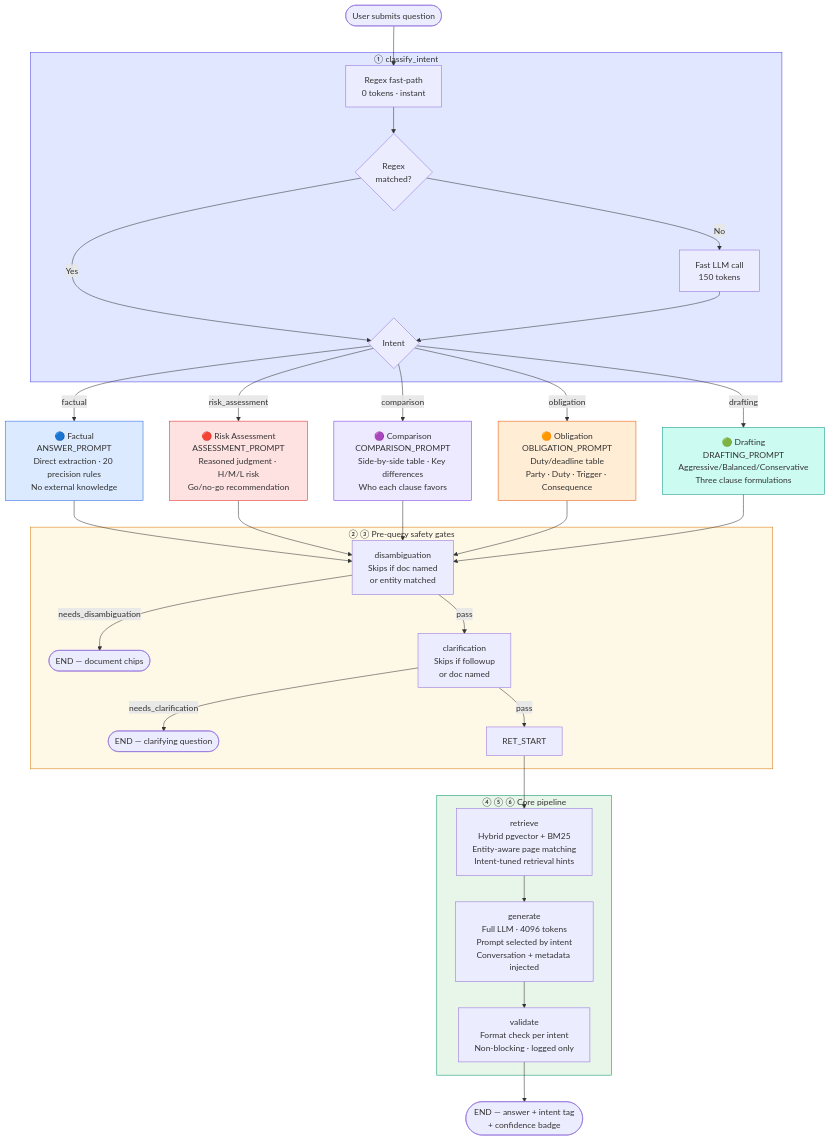
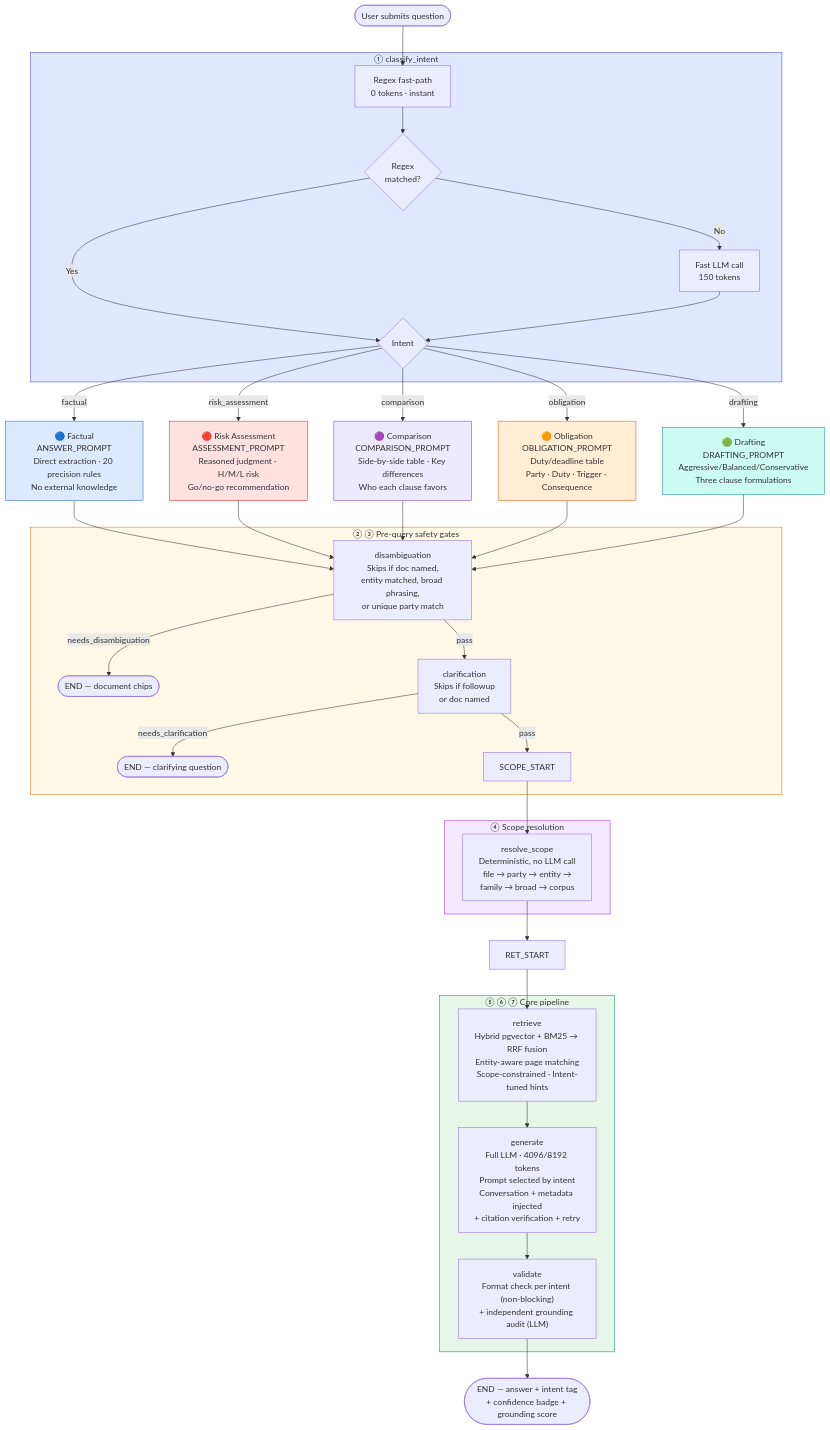
One commit to rhealaloo45/Legal-Wiki-RAG changed the diagram in AGENT_FLOW.md. Above: the diagram before and after it, drawn with Mermaid. The commit also changed other lines of this file and 3 other files, not shown here.

First line of the commit message:
Bring pipeline docs in line with current retrieval/query architecture

````diff
--- a/AGENT_FLOW.md
+++ b/AGENT_FLOW.md
@@ -23,50 +23,58 @@
 ```mermaid
 flowchart TD
     START([User submits question]) --> CI
 
     subgraph CLASSIFY["① classify_intent"]
         CI[Regex fast-path\n0 tokens · instant] --> CID{Regex\nmatched?}
         CID -->|No| LLM_CI[Fast LLM call\n150 tokens]
         CID -->|Yes| INTENT_OUT
         LLM_CI --> INTENT_OUT
     end
 
     INTENT_OUT{Intent} -->|factual| TAG_F["🔵 Factual\nANSWER_PROMPT\nDirect extraction · 20 precision rules\nNo external knowledge"]
     INTENT_OUT -->|risk_assessment| TAG_R["🔴 Risk Assessment\nASSESSMENT_PROMPT\nReasoned judgment · H/M/L risk\nGo/no-go recommendation"]
     INTENT_OUT -->|comparison| TAG_C["🟣 Comparison\nCOMPARISON_PROMPT\nSide-by-side table · Key differences\nWho each clause favors"]
     INTENT_OUT -->|obligation| TAG_O["🟠 Obligation\nOBLIGATION_PROMPT\nDuty/deadline table\nParty · Duty · Trigger · Consequence"]
     INTENT_OUT -->|drafting| TAG_D["🟢 Drafting\nDRAFTING_PROMPT\nAggressive/Balanced/Conservative\nThree clause formulations"]
 
     TAG_F --> DIS
     TAG_R --> DIS
     TAG_C --> DIS
     TAG_O --> DIS
     TAG_D --> DIS
 
     subgraph PREQUERIES["② ③ Pre-query safety gates"]
-        DIS[disambiguation\nSkips if doc named\nor entity matched]
+        DIS[disambiguation\nSkips if doc named,\nentity matched, broad phrasing,\nor unique party match]
         DIS -->|needs_disambiguation| END_DIS([END — document chips])
         DIS -->|pass| CLAR[clarification\nSkips if followup\nor doc named]
         CLAR -->|needs_clarification| END_CLAR([END — clarifying question])
-        CLAR -->|pass| RET_START
+        CLAR -->|pass| SCOPE_START
     end
 
+    SCOPE_START --> SCOPE
+
+    subgraph SCOPING["④ Scope resolution"]
+        SCOPE["resolve_scope\nDeterministic, no LLM call\nfile → party → entity →\nfamily → broad → corpus"]
+    end
+
+    SCOPE --> RET_START
     RET_START --> RET
 
-    subgraph PIPELINE["④ ⑤ ⑥ Core pipeline"]
-        RET["retrieve\nHybrid pgvector + BM25\nEntity-aware page matching\nIntent-tuned retrieval hints"]
-        RET --> GEN["generate\nFull LLM · 4096 tokens\nPrompt selected by intent\nConversation + metadata injected"]
-        GEN --> VAL["validate\nFormat check per intent\nNon-blocking · logged only"]
+    subgraph PIPELINE["⑤ ⑥ ⑦ Core pipeline"]
+        RET["retrieve\nHybrid pgvector + BM25 → RRF fusion\nEntity-aware page matching\nScope-constrained · Intent-tuned hints"]
+        RET --> GEN["generate\nFull LLM · 4096/8192 tokens\nPrompt selected by intent\nConversation + metadata injected\n+ citation verification + retry"]
+        GEN --> VAL["validate\nFormat check per intent (non-blocking)\n+ independent grounding audit (LLM)"]
     end
 
-    VAL --> END_ANS([END — answer + intent tag\n+ confidence badge])
+    VAL --> END_ANS([END — answer + intent tag\n+ confidence badge + grounding score])
 
     style CLASSIFY fill:#e0e7ff,stroke:#4f46e5
     style PREQUERIES fill:#fef9e7,stroke:#d97706
+    style SCOPING fill:#f3e8ff,stroke:#9333ea
     style PIPELINE fill:#e8f5e9,stroke:#059669
     style TAG_F fill:#dbeafe,stroke:#2563eb
     style TAG_R fill:#fee2e2,stroke:#dc2626
     style TAG_C fill:#ede9fe,stroke:#7c3aed
     style TAG_O fill:#ffedd5,stroke:#ea580c
     style TAG_D fill:#ccfbf1,stroke:#0d9488
 ```
````
